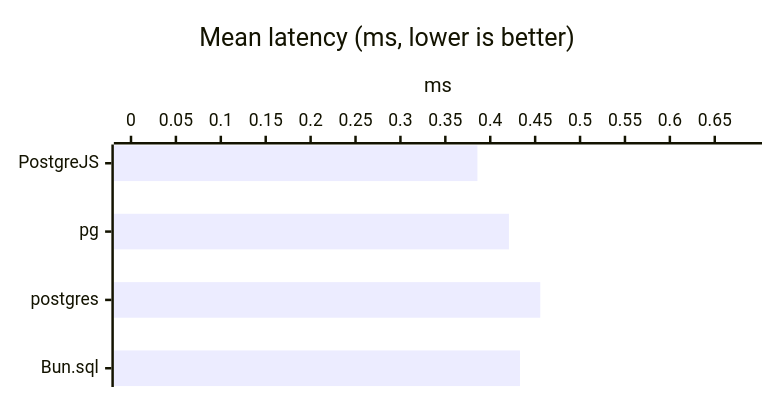
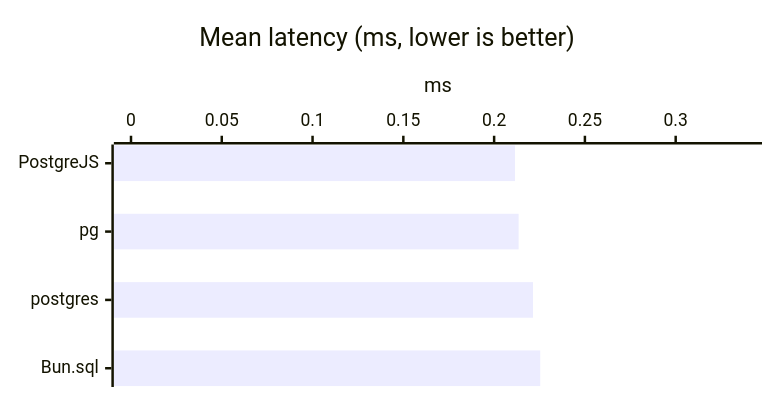
The fourth of 56 diagrams in docs/getting-started/benchmarks-bun.md (panates/postgrejs-doc), drawn with Mermaid before and after one commit. The commit also changed other lines of this file and 13 other files, not shown here.

````diff
--- a/docs/getting-started/benchmarks-bun.md
+++ b/docs/getting-started/benchmarks-bun.md
@@ -160,8 +167,8 @@
 ```mermaid
 %%{init: {'xyChart': {'width': 600, 'height': 300, 'chartOrientation': 'horizontal'}}}%%
 xychart-beta
     title "Mean latency (ms, lower is better)"
     x-axis ["PostgreJS", "pg", "postgres", "Bun.sql"]
-    y-axis "ms" 0.0000 --> 0.6835
-    bar [0.3857, 0.4208, 0.4557, 0.4331]
+    y-axis "ms" 0.0000 --> 0.3381
+    bar [0.2115, 0.2135, 0.2214, 0.2254]
 ```
````
